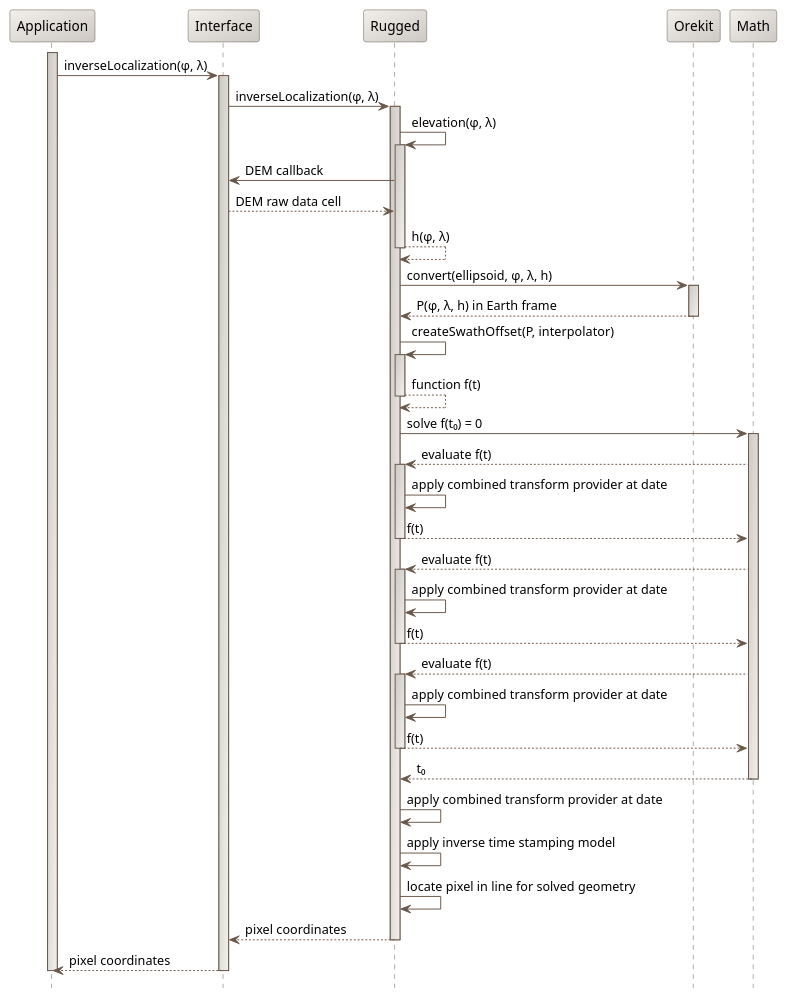
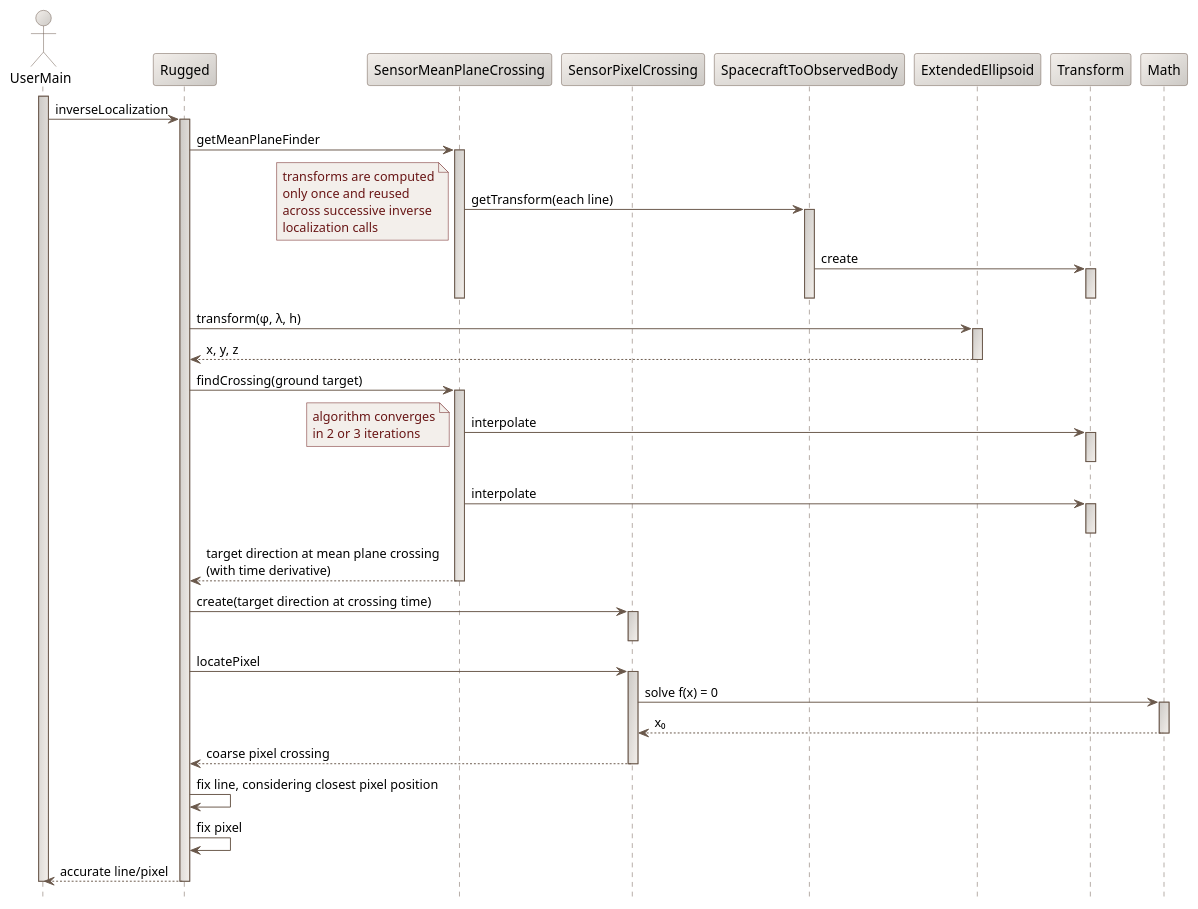
Before and after one commit to CS-SI/Rugged: the diagram in design/inverse-localization-sequence-diagram.puml, drawn with PlantUML. The commit also changed 7 other files, not shown here.

Commit message:
Updated UML diagrams.

```diff
--- a/design/inverse-localization-sequence-diagram.puml
+++ b/design/inverse-localization-sequence-diagram.puml
@@ -17,71 +17,81 @@
 @startuml
 
   skinparam svek                                true
   skinparam NoteBackgroundColor                 #F3EFEB
   skinparam NoteBorderColor                     #691616
   skinparam NoteFontColor                       #691616
   skinparam SequenceActorBorderColor            #6A584B
+  skinparam SequenceActorBackgroundColor        #F3EFEB/CCC9C5
   skinparam SequenceParticipantBackgroundColor  #F3EFEB/CCC9C5
   skinparam SequenceParticipantBorderColor      #6A584B
   skinparam SequenceLifeLineBackgroundColor     #CCC9C5/F3EFEB
   skinparam SequenceLifeLineBorderColor         #6A584B
   skinparam SequenceArrowColor                  #6A584B
   skinparam SequenceBorderColor                 #6A584B
   skinparam SequenceFontSize                    11
 
   hide footbox
 
-  participant "Application" as A
-  participant "Interface" as I
+  actor       "UserMain" as A
   participant "Rugged" as R
-  participant "Orekit" as O
+  participant "SensorMeanPlaneCrossing" as P
+  participant "SensorPixelCrossing" as X
+  participant "SpacecraftToObservedBody" as S
+  participant "ExtendedEllipsoid" as E
+  participant "Transform" as T
   participant "Math" as M
 
   activate A
-  A  -> I : inverseLocalization(φ, λ)
-     activate I
-       I  -> R : inverseLocalization(φ, λ)
-       activate R
-         R  -> R : elevation(φ, λ)
-         activate R
-            R -> I : DEM callback
-            I --> R : DEM raw data cell
-            R --> R : h(φ, λ)
-         deactivate R
-         R -> O : convert(ellipsoid, φ, λ, h)
-         activate O
-           O --> R : P(φ, λ, h) in Earth frame
-         deactivate O
-         R -> R : createSwathOffset(P, interpolator)
-         activate R
-           R --> R : function f(t)
-         deactivate R
-         R -> M : solve f(t₀) = 0
-         activate M
-           M --> R : evaluate f(t)
-           activate R
-             R -> R : apply combined transform provider at date
-             R --> M : f(t)
-           deactivate R
-           M --> R : evaluate f(t)
-           activate R
-             R -> R : apply combined transform provider at date
-             R --> M : f(t)
-           deactivate R
-           M --> R : evaluate f(t)
-           activate R
-             R -> R : apply combined transform provider at date
-             R --> M : f(t)
-           deactivate R
-           M --> R : t₀
-         deactivate M
-         R -> R : apply combined transform provider at date
-          R -> R : apply inverse time stamping model
-          R -> R : locate pixel in line for solved geometry
-          R --> I : pixel coordinates
-       deactivate R
-        I --> A : pixel coordinates
-    deactivate I         
+    A  -> R : inverseLocalization
+    activate R
+      R  -> P : getMeanPlaneFinder
+      activate P
+        P -> S : getTransform(each line)
+        note left
+           transforms are computed
+           only once and reused
+           across successive inverse
+           localization calls
+        end note
+        activate S
+          S -> T : create
+          activate T
+          deactivate T
+        deactivate S
+      deactivate P
+      R -> E : transform(φ, λ, h)
+      activate E
+        E --> R : x, y, z
+      deactivate E
+      R -> P : findCrossing(ground target)
+      activate P
+        P -> T : interpolate
+        activate T
+        deactivate T
+        note left
+           algorithm converges
+           in 2 or 3 iterations
+        end note
+        P -> T : interpolate
+        activate T
+        deactivate T
+        P --> R : target direction at mean plane crossing\n(with time derivative)
+      deactivate P
+      R -> X : create(target direction at crossing time)
+      activate X
+      deactivate X
+      R -> X : locatePixel
+      activate X
+        X -> M : solve f(x) = 0
+        activate M
+          M --> X : x₀
+        deactivate M
+        X --> R : coarse pixel crossing
+      deactivate X
+      R -> R : fix line, considering closest pixel position
+      R -> R : fix pixel
+      R --> A : accurate line/pixel
+    deactivate R
   deactivate A
 
 @enduml
```
